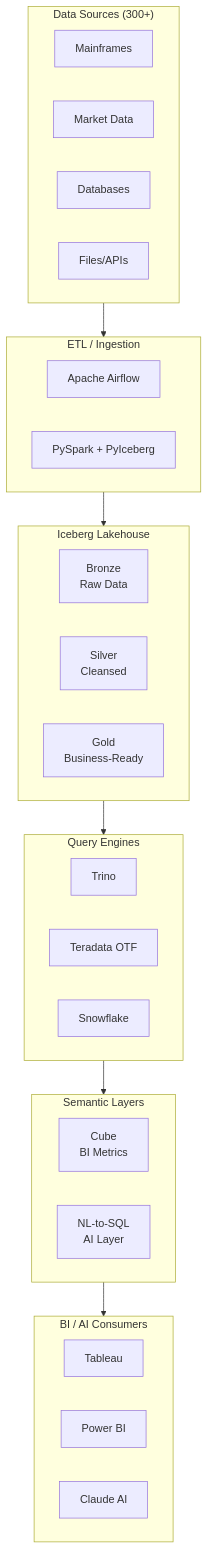
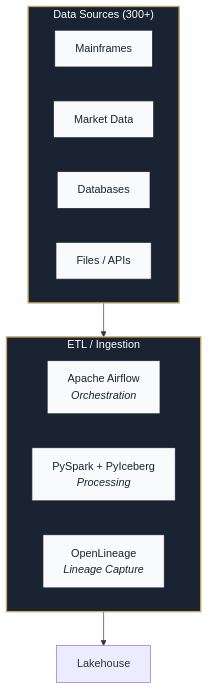
The diagram in .planning/phases/06-architecture-visualizations/06-RESEARCH.md (chilakos/lakehouse), drawn with Mermaid before and after one commit. The commit also changed other lines of this file, not shown here.

````diff
--- a/.planning/phases/06-architecture-visualizations/06-RESEARCH.md
+++ b/.planning/phases/06-architecture-visualizations/06-RESEARCH.md
@@ -337,52 +377,25 @@
 ```mermaid
 flowchart TD
     subgraph Sources["Data Sources (300+)"]
         direction LR
         S1[Mainframes]
         S2[Market Data]
         S3[Databases]
-        S4[Files/APIs]
+        S4[Files / APIs]
     end
 
     subgraph Ingestion["ETL / Ingestion"]
         direction LR
-        I1[Apache Airflow]
-        I2[PySpark + PyIceberg]
-    end
-
-    subgraph Lakehouse["Iceberg Lakehouse"]
-        direction LR
-        L1[Bronze<br/>Raw Data]
-        L2[Silver<br/>Cleansed]
-        L3[Gold<br/>Business-Ready]
-    end
-
-    subgraph Query["Query Engines"]
-        direction LR
-        Q1[Trino]
-        Q2[Teradata OTF]
-        Q3[Snowflake]
-    end
-
-    subgraph Semantic["Semantic Layers"]
-        direction LR
-        SM1[Cube<br/>BI Metrics]
-        SM2[NL-to-SQL<br/>AI Layer]
-    end
-
-    subgraph Consumers["BI / AI Consumers"]
-        direction LR
-        C1[Tableau]
-        C2[Power BI]
-        C3[Claude AI]
+        I1["Apache Airflow<br/><i>Orchestration</i>"]
+        I2["PySpark + PyIceberg<br/><i>Processing</i>"]
+        I3["OpenLineage<br/><i>Lineage Capture</i>"]
     end
 
     Sources --> Ingestion
     Ingestion --> Lakehouse
-    Lakehouse --> Query
-    Query --> Semantic
-    Semantic --> Consumers
 
     classDef layerBox fill:#1a2332,stroke:#c8a961,color:#fff,stroke-width:2px
     classDef nodeBox fill:#f8fafc,stroke:#1a2332,color:#1a2332
+    class Sources,Ingestion layerBox
+    class S1,S2,S3,S4,I1,I2,I3 nodeBox
 ```
````
